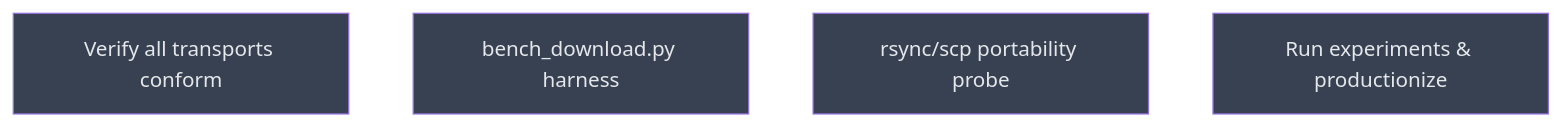
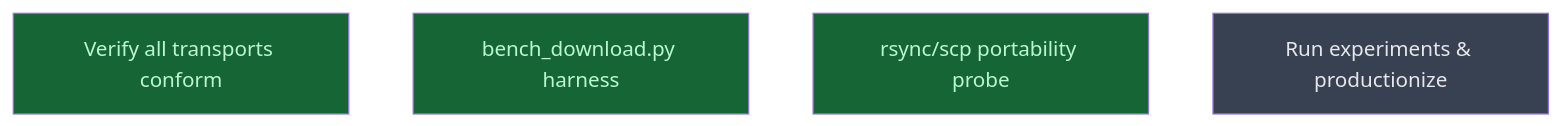
Before and after one commit to RIKEN-RCCS/Rikyu-Agent: the diagram in __roadmap__/fs-download-rework/transports/benchmark/README.md, drawn with Mermaid. The commit also changed other lines of this file, not shown here.

Commit message:
docs(roadmap): mark benchmark-tier scripts done (verify/harness/probe)

````diff
--- a/__roadmap__/fs-download-rework/transports/benchmark/README.md
+++ b/__roadmap__/fs-download-rework/transports/benchmark/README.md
@@ -16,12 +16,12 @@
 ```mermaid
 graph TD
-    verify_transports[Verify all transports conform]:::planned
-    benchmark_harness[bench_download.py harness]:::planned
-    portability_probe[rsync/scp portability probe]:::planned
+    verify_transports[Verify all transports conform]:::done
+    benchmark_harness[bench_download.py harness]:::done
+    portability_probe[rsync/scp portability probe]:::done
     finalize[Run experiments & productionize]:::planned
     classDef done       fill:#166534,color:#bbf7d0
     classDef inprogress fill:#854d0e,color:#fef08a
     classDef planned    fill:#374151,color:#e5e7eb
     classDef amendment  fill:#1e3a5f,color:#bfdbfe
     classDef blocked    fill:#7f1d1d,color:#fecaca
 ```
````
